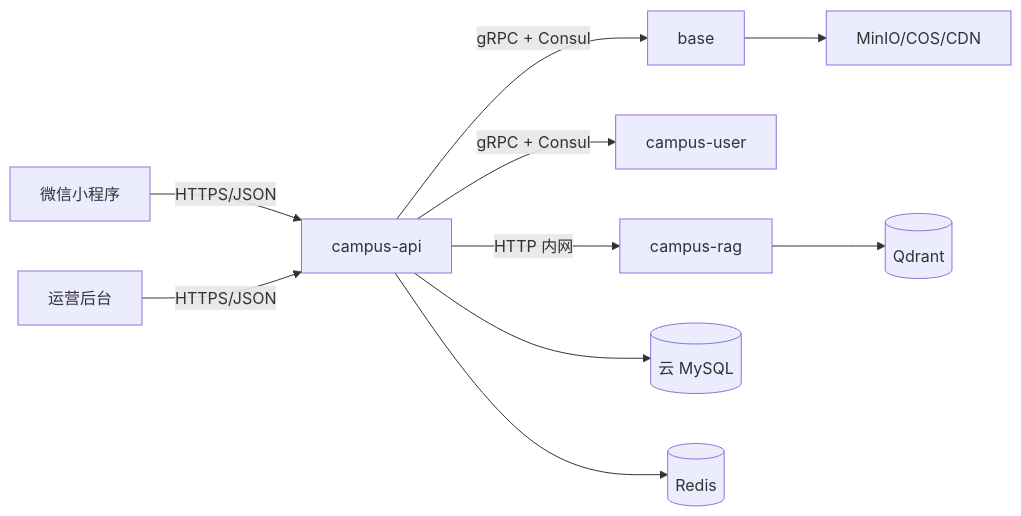
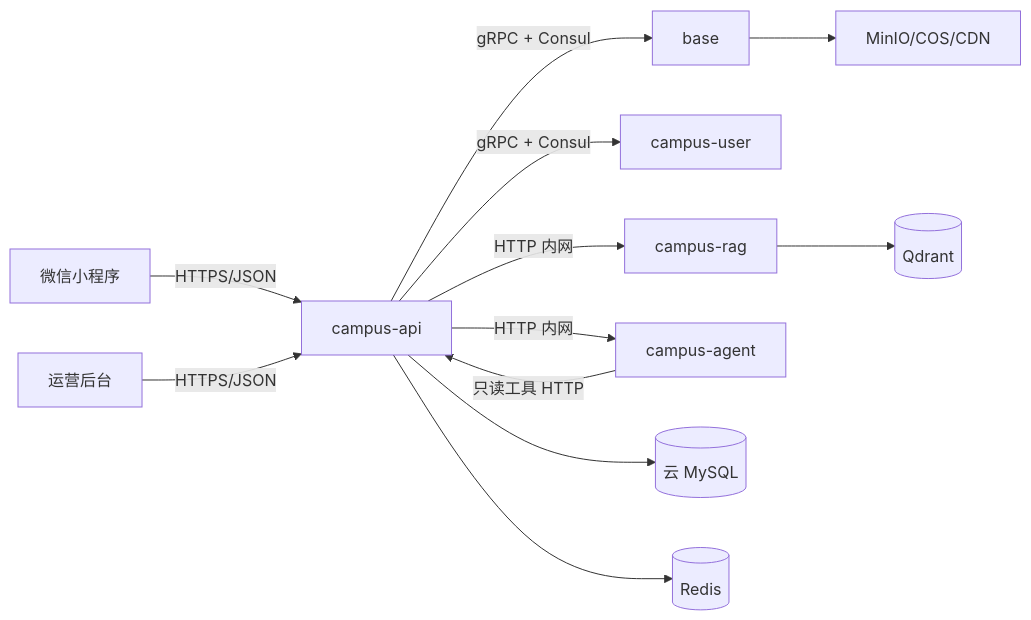
Before and after one commit to tangfire/lehu-video: the diagram in docs/microservices.md, drawn with Mermaid. The commit also changed other lines of this file and 21 other files, not shown here.

Commit message:
新增 campus-agent 独立服务：main.py 使用 LangGraph 编排 plan_tools -> call_tools -> generate_report 用 LangChain tool 封装只读后台工具调用 后台接入“运营 Copilot”页面 文档补到：agent-copilot.md 修掉了一个配置坑：CAMPUS_AGENT_SERVICE_URL 表示 agent 服务地址，CAMPUS_AGENT_BASE_URL 只表示模型 API 地址，避免上线填错。

````diff
--- a/docs/microservices.md
+++ b/docs/microservices.md
@@ -7,12 +7,14 @@
 ```mermaid
 flowchart LR
     MiniProgram[微信小程序] -->|HTTPS/JSON| API[campus-api]
     Admin[运营后台] -->|HTTPS/JSON| API
     API -->|gRPC + Consul| Base[base]
     API -->|gRPC + Consul| User[campus-user]
     API -->|HTTP 内网| Rag[campus-rag]
+    API -->|HTTP 内网| Agent[campus-agent]
+    Agent -->|只读工具 HTTP| API
     Base --> Store[MinIO/COS/CDN]
     Rag --> Qdrant[(Qdrant)]
     API --> MySQL[(云 MySQL)]
     API --> Redis[(Redis)]
 ```
````
